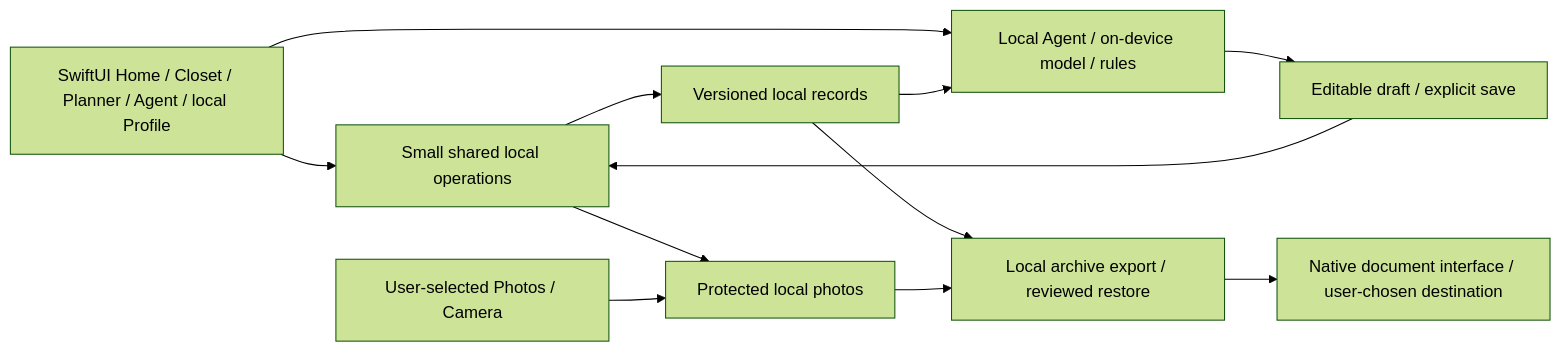
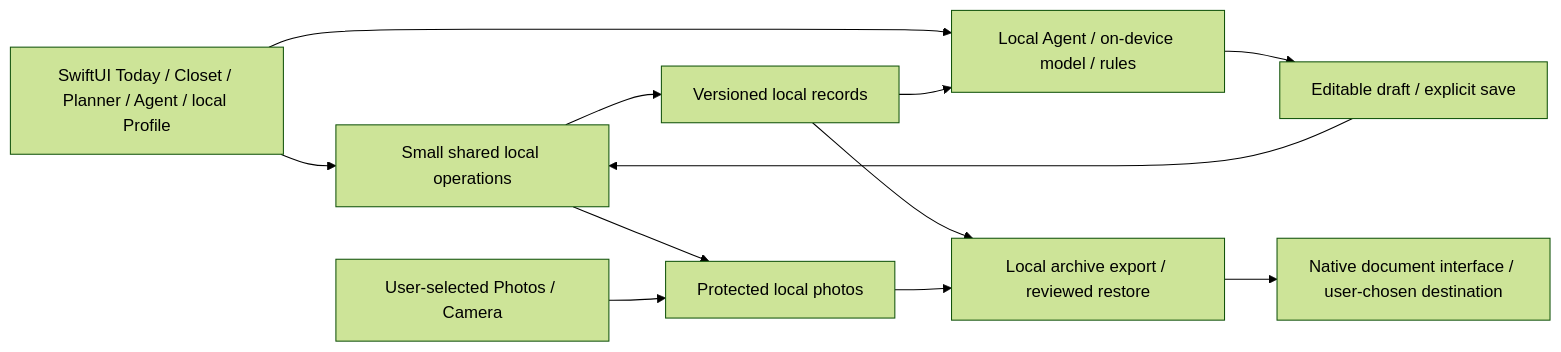
Before and after one commit to vn-aj-vngrd/aqd: the diagram in docs/architecture/v1.md, drawn with Mermaid (forest theme). The commit also changed other lines of this file and 11 other files, not shown here.

````diff
--- a/docs/architecture/v1.md
+++ b/docs/architecture/v1.md
@@ -7,14 +7,14 @@
 ```mermaid
 flowchart LR
-  UI[SwiftUI Home / Closet / Planner / Agent / local Profile] --> Commands[Small shared local operations]
+  UI[SwiftUI Today / Closet / Planner / Agent / local Profile] --> Commands[Small shared local operations]
   Commands --> Store[Versioned local records]
   Commands --> Media[Protected local photos]
   Picker[User-selected Photos / Camera] --> Media
   UI --> Suggest[Local Agent / on-device model / rules]
   Store --> Suggest
   Suggest --> Review[Editable draft / explicit save]
   Review --> Commands
   Store --> Archive[Local archive export / reviewed restore]
   Media --> Archive
   Archive --> Files[Native document interface / user-chosen destination]
 ```
````
